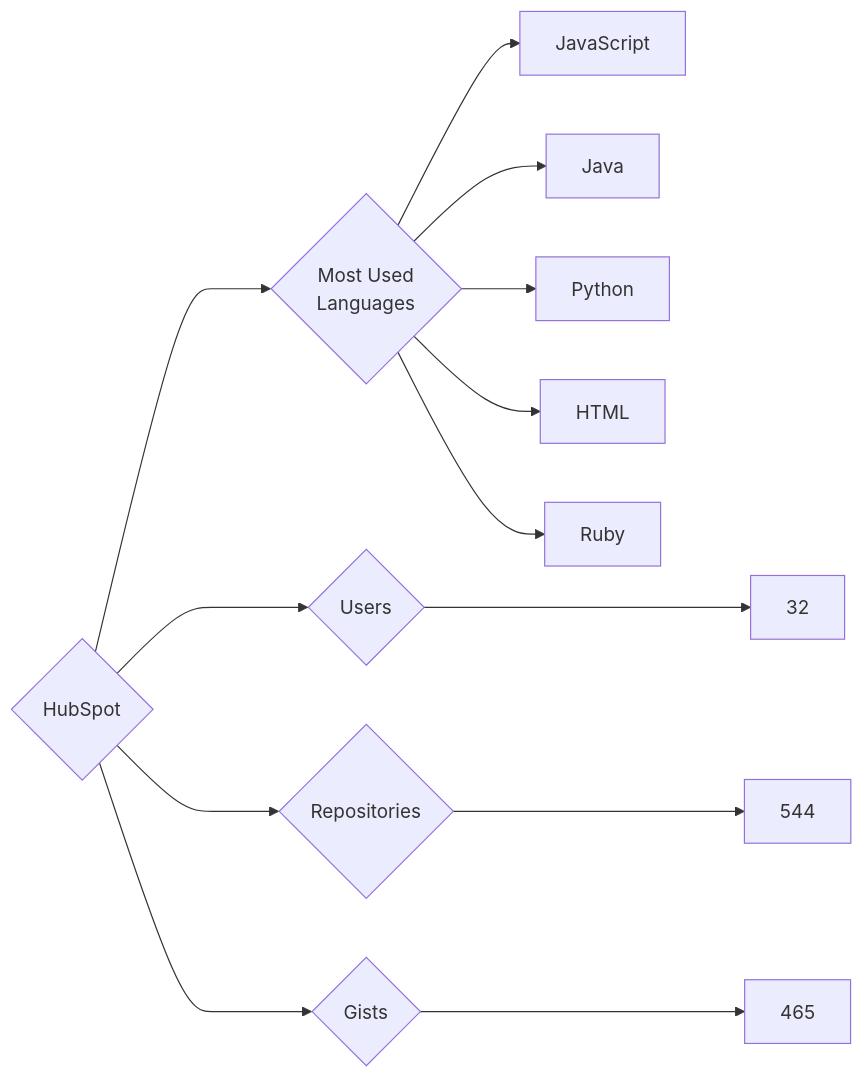
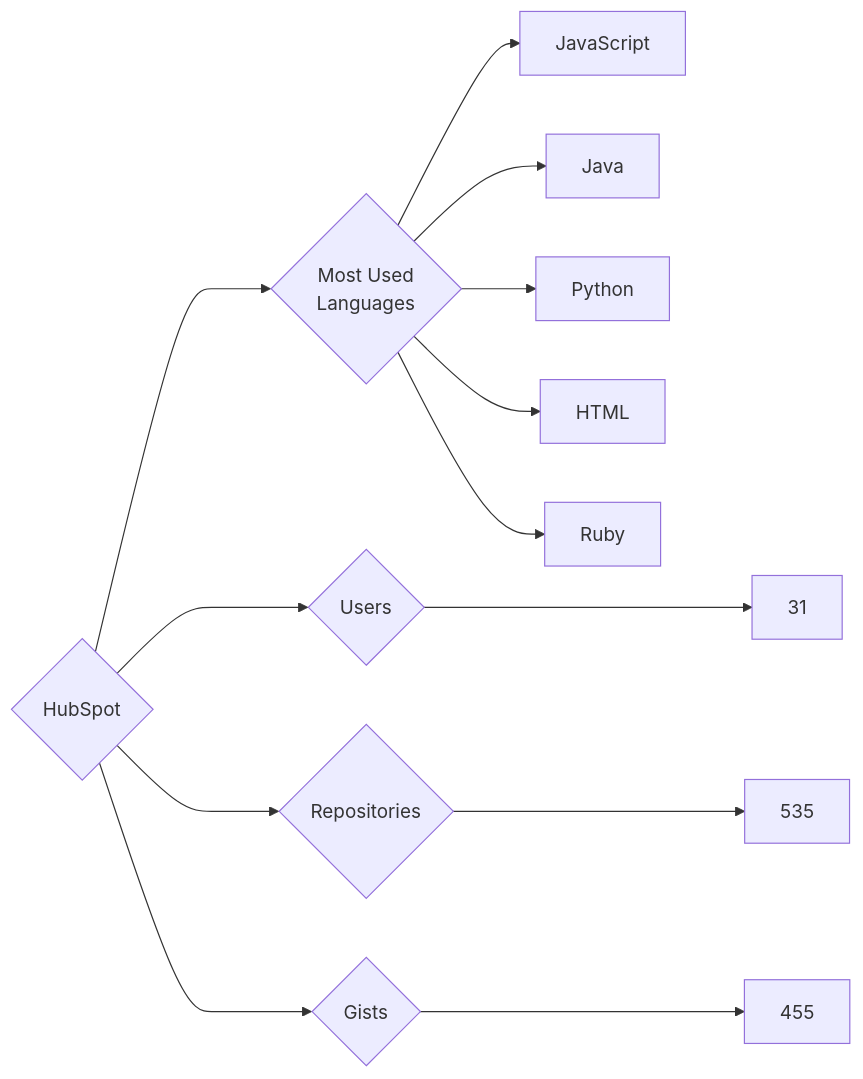
Before and after one commit to trickest/insiders: the diagram in targets/HubSpot/README.md, drawn with Mermaid. The commit also changed 723 other files, not shown here.

````diff
--- a/targets/HubSpot/README.md
+++ b/targets/HubSpot/README.md
@@ -3,13 +3,13 @@
 ```mermaid
 graph LR
 COMPANY_NAME{HubSpot}
-COMPANY_NAME ---> U{Users} ---> UN[32]
-COMPANY_NAME ---> R{Repositories} ---> RN[544]
-COMPANY_NAME ---> G{Gists} ---> GN[465]
+COMPANY_NAME ---> U{Users} ---> UN[31]
+COMPANY_NAME ---> R{Repositories} ---> RN[535]
+COMPANY_NAME ---> G{Gists} ---> GN[455]
 COMPANY_NAME ---> ML{Most Used<br>Languages}
 ML --> JavaScript[JavaScript]
 ML --> Java[Java]
 ML --> Python[Python]
 ML --> HTML[HTML]
 ML --> Ruby[Ruby]
 ```
````
